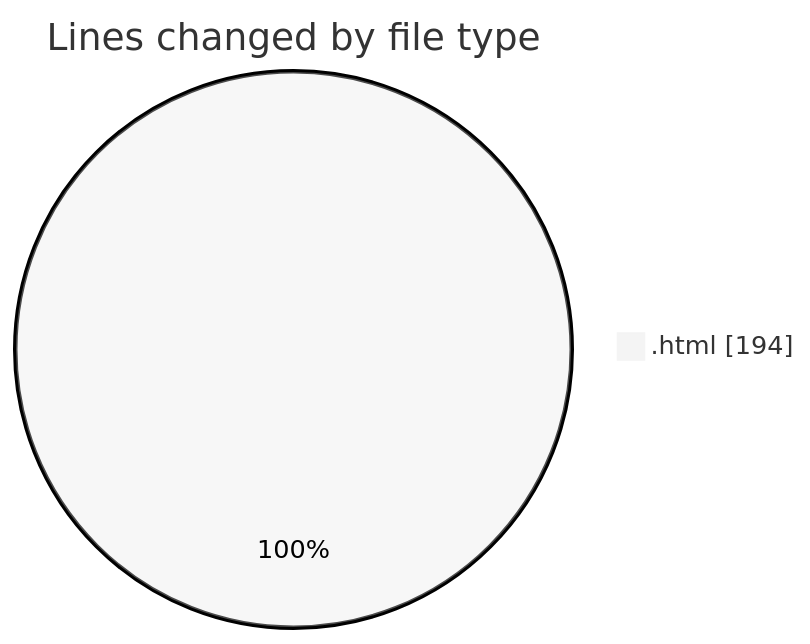
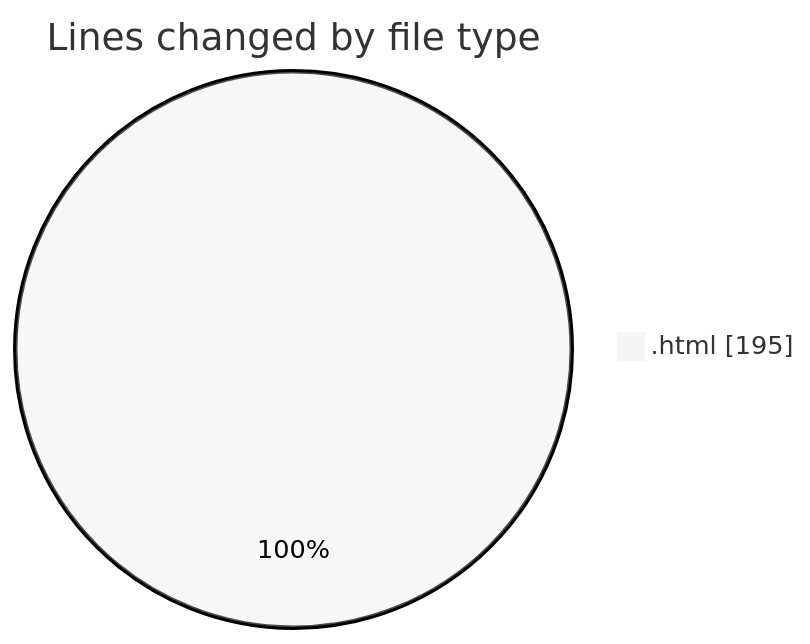
The first of 2 diagrams in 2025-01-10/nueva_carpeta/README.md (LanceThiago/code-tracking), drawn with Mermaid (neutral theme) before and after one commit. The commit also changed other lines of this file and 1 other file, not shown here.

````diff
--- a/2025-01-10/nueva_carpeta/README.md
+++ b/2025-01-10/nueva_carpeta/README.md
@@ -20,5 +20,5 @@
 ```mermaid
 pie showData
 title Lines changed by file type
-".html" : 194
+".html" : 195
 ```
````
